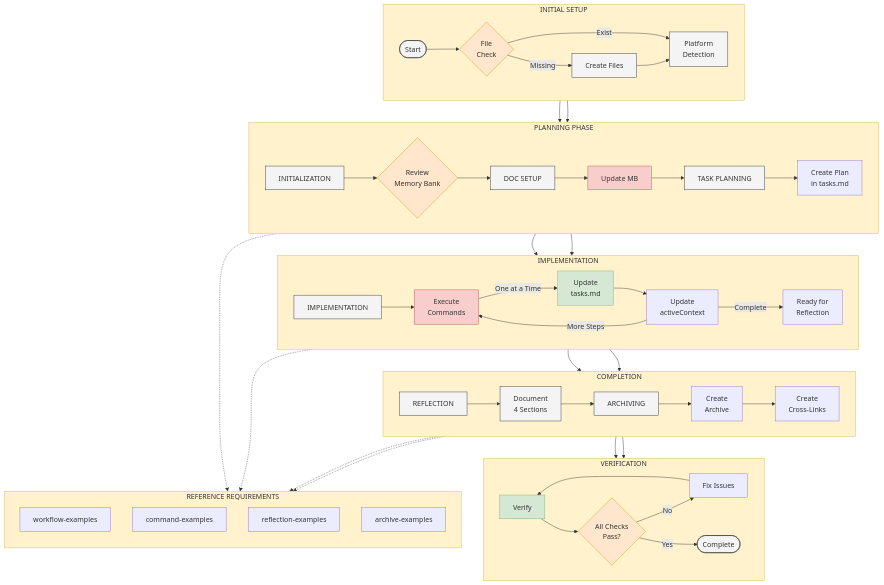
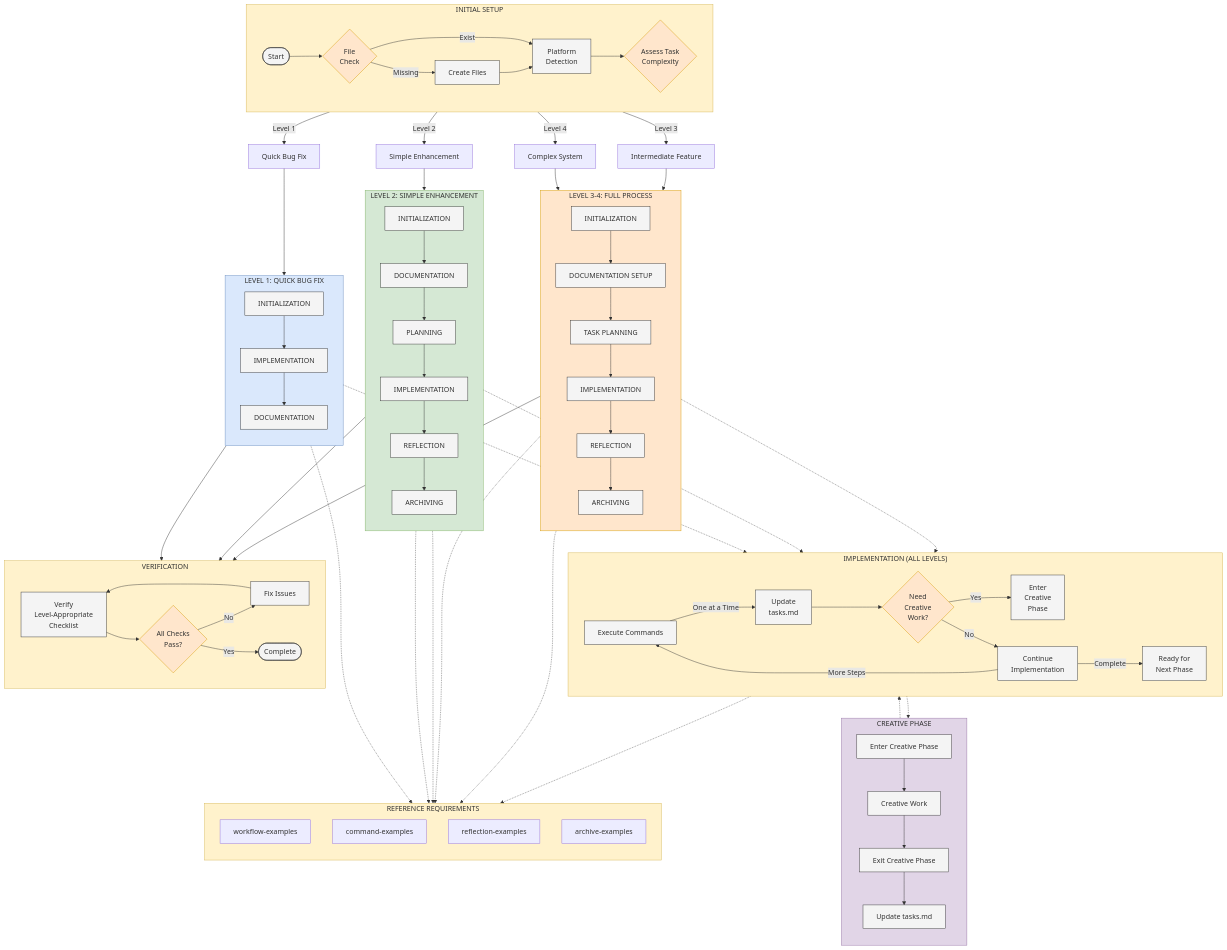
Before and after one commit to yws-coder123/trae-memory-bank: the diagram in images/memory-bank-diagram.mermaid, drawn with Mermaid. The commit also changed 12 other files, not shown here.

First line of the commit message:
Add comprehensive installation and optimization documentation for the Cursor Memory Bank System

```diff
--- a/images/memory-bank-diagram.mermaid
+++ b/images/memory-bank-diagram.mermaid
@@ -1,89 +1,135 @@
 flowchart TD
     %% Define styles
     classDef process fill:#f4f4f4,stroke:#333,stroke-width:1px,border-radius:5px
     classDef decision fill:#ffe6cc,stroke:#d79b00,stroke-width:1px,border-radius:10px
     classDef bottleneck fill:#f8cecc,stroke:#b85450,stroke-width:1px,border-radius:5px
     classDef checkpoint fill:#d5e8d4,stroke:#82b366,stroke-width:1px,border-radius:5px
     classDef section fill:#fff2cc,stroke:#d6b656,stroke-width:1px,rounded:true
+    classDef level1 fill:#dae8fc,stroke:#6c8ebf,stroke-width:1px,rounded:true
+    classDef level2 fill:#d5e8d4,stroke:#82b366,stroke-width:1px,rounded:true
+    classDef level3 fill:#ffe6cc,stroke:#d79b00,stroke-width:1px,rounded:true
+    classDef level4 fill:#f8cecc,stroke:#b85450,stroke-width:1px,rounded:true
+    classDef creative fill:#e1d5e7,stroke:#9673a6,stroke-width:1px,rounded:true
     
     %% Initial Setup section
     subgraph Setup ["INITIAL SETUP"]
         direction LR
         start([Start]) --> checkFiles{File<br>Check}
         checkFiles -->|Missing| createFiles[Create Files]
         checkFiles -->|Exist| platformDetect[Platform<br>Detection]
         createFiles --> platformDetect
+        platformDetect --> complexityAssess{Assess Task<br>Complexity}
     end
     
-    %% Planning section
-    subgraph Planning ["PLANNING PHASE"]
-        direction LR
-        init[INITIALIZATION] --> checkMB{Review<br>Memory Bank}
-        checkMB --> docSetup[DOC SETUP]
-        docSetup --> updateMB[Update MB]
-        updateMB --> planning[TASK PLANNING]
-        planning --> taskPlan[Create Plan<br>in tasks.md]
+    %% Complexity Assessment
+    complexityAssess -->|Level 1| L1Flow[Quick Bug Fix]
+    complexityAssess -->|Level 2| L2Flow[Simple Enhancement]
+    complexityAssess -->|Level 3| L3Flow[Intermediate Feature]
+    complexityAssess -->|Level 4| L4Flow[Complex System]
+    
+    %% Level 1 Workflow: Quick Bug Fix
+    subgraph Level1 ["LEVEL 1: QUICK BUG FIX"]
+        direction TB
+        L1Init[INITIALIZATION] --> L1Impl[IMPLEMENTATION]
+        L1Impl --> L1Doc[DOCUMENTATION]
     end
     
-    %% Implementation section
-    subgraph Implementation ["IMPLEMENTATION"]
-        direction LR
-        impl[IMPLEMENTATION] --> execCmd[Execute<br>Commands]
-        execCmd -->|One at a Time| updateTask[Update<br>tasks.md]
-        updateTask --> addImpl[Update<br>activeContext]
-        addImpl -->|More Steps| execCmd
-        addImpl -->|Complete| reflectStart[Ready for<br>Reflection]
+    %% Level 2 Workflow: Simple Enhancement
+    subgraph Level2 ["LEVEL 2: SIMPLE ENHANCEMENT"]
+        direction TB
+        L2Init[INITIALIZATION] --> L2Doc[DOCUMENTATION]
+        L2Doc --> L2Plan[PLANNING]
+        L2Plan --> L2Impl[IMPLEMENTATION]
+        L2Impl --> L2Reflect[REFLECTION]
+        L2Reflect --> L2Archive[ARCHIVING]
     end
     
-    %% Reflection and Archiving
-    subgraph Completion ["COMPLETION"]
+    %% Level 3-4 Workflow: Full Process
+    subgraph Level3_4 ["LEVEL 3-4: FULL PROCESS"]
+        direction TB
+        L3Init[INITIALIZATION] --> L3Doc[DOCUMENTATION SETUP]
+        L3Doc --> L3Plan[TASK PLANNING]
+        L3Plan --> L3Impl[IMPLEMENTATION]
+        L3Impl --> L3Reflect[REFLECTION]
+        L3Reflect --> L3Archive[ARCHIVING]
+    end
+    
+    %% Creative Phase can occur in Implementation
+    subgraph Creative ["CREATIVE PHASE"]
+        direction TB
+        creativeStart[Enter Creative Phase] --> creativeWork[Creative Work]
+        creativeWork --> creativeEnd[Exit Creative Phase]
+        creativeEnd --> creativeUpdate[Update tasks.md]
+    end
+    
+    %% Implementation section with creative phase option
+    subgraph Implementation ["IMPLEMENTATION (ALL LEVELS)"]
         direction LR
-        reflect[REFLECTION] --> reflect4[Document<br>4 Sections]
-        reflect4 --> archive[ARCHIVING]
-        archive --> archiveTask[Create<br>Archive]
-        archiveTask --> crossLink[Create<br>Cross-Links]
+        impl[Execute Commands] -->|One at a Time| updateTask[Update<br>tasks.md]
+        updateTask --> needCreative{Need<br>Creative<br>Work?}
+        needCreative -->|Yes| enterCreative[Enter<br>Creative<br>Phase]
+        needCreative -->|No| continue[Continue<br>Implementation]
+        enterCreative -.-> creativeStart
+        creativeEnd -.-> continue
+        continue -->|More Steps| impl
+        continue -->|Complete| nextPhase[Ready for<br>Next Phase]
     end
     
     %% Verification System section
     subgraph Verification ["VERIFICATION"]
         direction LR
-        verify[Verify] --> checkAll{All Checks<br>Pass?}
+        verify[Verify<br>Level-Appropriate<br>Checklist] --> checkAll{All Checks<br>Pass?}
         checkAll -->|No| fixIssues[Fix Issues]
         fixIssues --> verify
         checkAll -->|Yes| complete([Complete])
     end
     
     %% References connections on the side
     subgraph References ["REFERENCE REQUIREMENTS"]
         direction TB
         ref1[workflow-examples]
         ref2[command-examples]
         ref3[reflection-examples]
         ref4[archive-examples]
     end
     
-    %% Connect major sections vertically
-    Setup --> Planning
-    Planning --> Implementation
-    Implementation --> Completion
-    Completion --> Verification
+    %% Connect major workflows
+    L1Flow --> L1Init
+    L2Flow --> L2Init
+    L3Flow --> L3Init
+    L4Flow --> L3Init
     
-    %% Connect workflow between sections
-    platformDetect --> init
-    taskPlan --> impl
-    reflectStart --> reflect
-    crossLink --> verify
+    %% Connect implementation sections
+    L1Impl -.-> impl
+    L2Impl -.-> impl
+    L3Impl -.-> impl
+    
+    %% Connect to verification
+    L1Doc --> verify
+    L2Archive --> verify
+    L3Archive --> verify
     
     %% Connect references
-    init -.-> ref1
+    L1Init -.-> ref1
     impl -.-> ref2
-    reflect -.-> ref3
-    archive -.-> ref4
+    L2Reflect -.-> ref3
+    L3Reflect -.-> ref3
+    L2Archive -.-> ref4
+    L3Archive -.-> ref4
     
     %% Apply styles
     class start,complete process
-    class checkFiles,checkMB,checkAll decision
-    class createFiles,platformDetect,init,docSetup,planning,impl,reflect,archive,reflect4 process
-    class execCmd,updateMB bottleneck
-    class updateTask,verify checkpoint
-    class Setup,Planning,Implementation,Completion,Verification,References section
+    class checkFiles,complexityAssess,needCreative,checkAll decision
+    class createFiles,platformDetect process
+    class L1Init,L1Impl,L1Doc process
+    class L2Init,L2Doc,L2Plan,L2Impl,L2Reflect,L2Archive process
+    class L3Init,L3Doc,L3Plan,L3Impl,L3Reflect,L3Archive process
+    class impl,updateTask,enterCreative,continue,nextPhase process
+    class verify,fixIssues process
+    class creativeStart,creativeWork,creativeEnd,creativeUpdate process
+    
+    class Setup,Verification,References,Implementation section
+    class Level1 level1
+    class Level2 level2
+    class Level3_4 level3
+    class Creative creative
```
